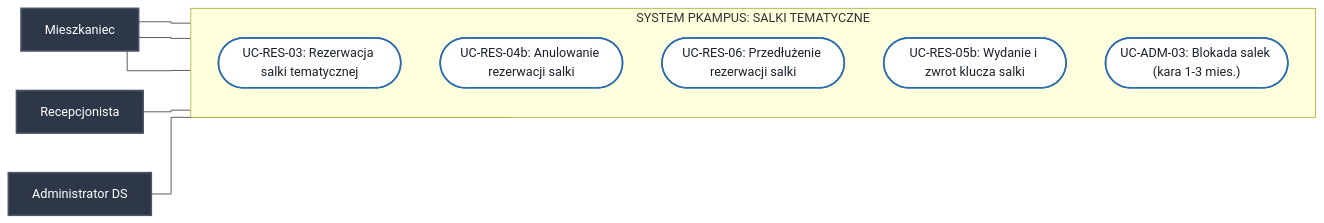
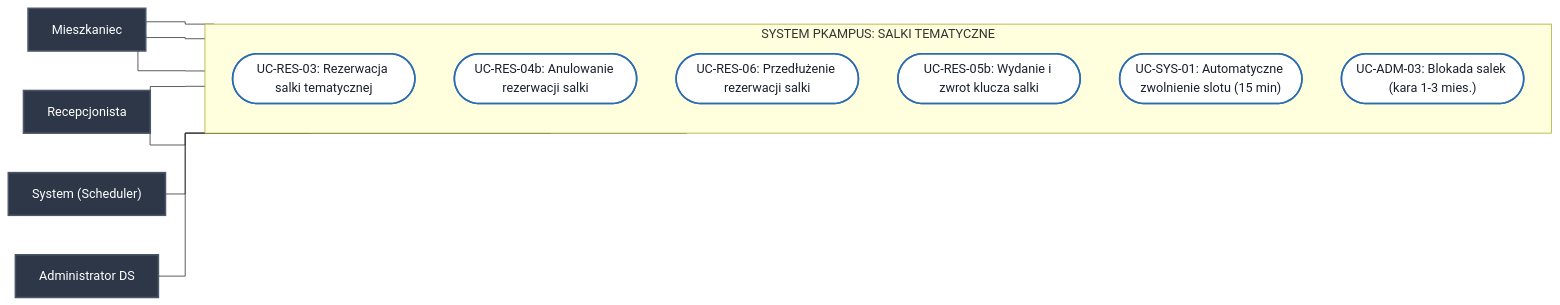
Before and after one commit to Buczy8/PKampus: the fourth of 8 diagrams in Docs/Diagramy_Przypadkow_Uzycia.md, drawn with Mermaid. The commit also changed other lines of this file and 6 other files, not shown here.

Commit message:
docs: add password reset procedure and update related diagrams for PKampus system

````diff
--- a/Docs/Diagramy_Przypadkow_Uzycia.md
+++ b/Docs/Diagramy_Przypadkow_Uzycia.md
@@ -142,27 +144,31 @@
 ```mermaid
 %%{init: {'flowchart': {'curve': 'stepBefore'}}}%%
 flowchart LR
     classDef actorStyle fill:#2d3748,stroke:#4a5568,stroke-width:2px,color:#fff;
     classDef ucStyle fill:#fff,stroke:#2b6cb0,stroke-width:2px,color:#1a202c;
 
     Student["Mieszkaniec"]:::actorStyle
 
     subgraph System_Rooms ["SYSTEM PKAMPUS: SALKI TEMATYCZNE"]
         direction TB
         UC_ROOM_01(["UC-RES-03: Rezerwacja salki tematycznej"]):::ucStyle
         UC_ROOM_02(["UC-RES-04b: Anulowanie rezerwacji salki"]):::ucStyle
         UC_ROOM_05(["UC-RES-06: Przedłużenie rezerwacji salki"]):::ucStyle
         UC_ROOM_03(["UC-RES-05b: Wydanie i zwrot klucza salki"]):::ucStyle
+        UC_ROOM_06(["UC-SYS-01: Automatyczne zwolnienie slotu (15 min)"]):::ucStyle
         UC_ROOM_04(["UC-ADM-03: Blokada salek (kara 1-3 mies.)"]):::ucStyle
     end
 
     Portier["Recepcjonista"]:::actorStyle
     AdminDS["Administrator DS"]:::actorStyle
+    Sys["System (Scheduler)"]:::actorStyle
 
     Student --- UC_ROOM_01
     Student --- UC_ROOM_02
     Student --- UC_ROOM_05
 
     Portier --- UC_ROOM_03
+    Portier --- UC_ROOM_06
+    Sys --- UC_ROOM_06
     AdminDS --- UC_ROOM_04
 ```
````
